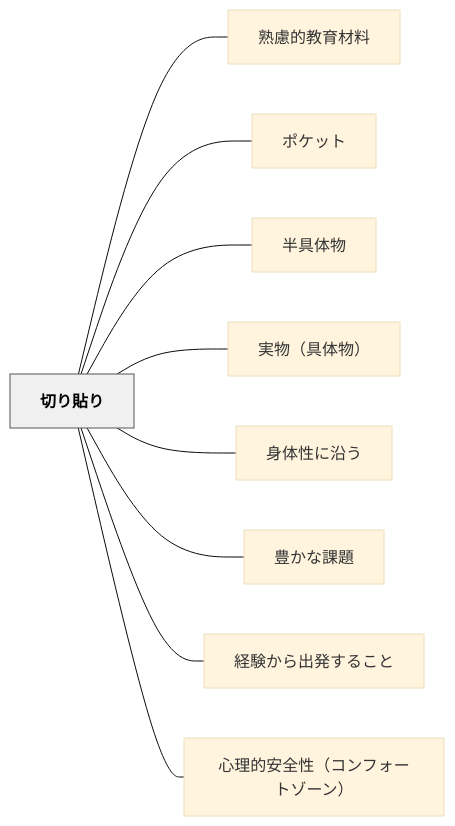
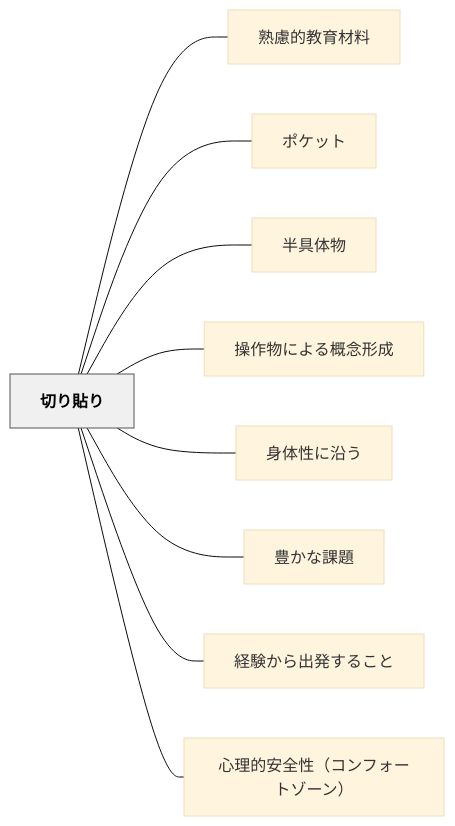
The diagram in content/パタン/切り貼り.md (unknownthings-ed-patterns/unknownthings-ed-patterns), drawn with Mermaid (base theme) before and after one commit. The commit also changed other lines of this file and 13 other files, not shown here.

````diff
--- a/content/パタン/切り貼り.md
+++ b/content/パタン/切り貼り.md
@@ -88,24 +88,24 @@
 ```mermaid
 flowchart LR
     ne58887e3828ae8b2bce3828a["切り貼り"]
     ne7869fe685aee79a84e69599e882b2e69d90e69699["熟慮的教育材料"]
     ne3839de382b1e38383e38388["ポケット"]
     ne58d8ae585b7e4bd93e789a9["半具体物"]
-    ne5ae9fe789a9efbc88e585b7e4bd93e789a9efbc89["実物（具体物）"]
+    ne6938de4bd9ce789a9e381abe38288e3828be6a682e5bfb5e5bda2e68890["操作物による概念形成"]
     ne8baabe4bd93e680a7e381abe6b2bfe38186["身体性に沿う"]
     ne8b18ae3818be381aae8aab2e9a18c["豊かな課題"]
     ne7b58ce9a893e3818be38289e587bae799bae38199e3828be38193e381a8["経験から出発すること"]
     ne5bf83e79086e79a84e5ae89e585a8e680a7efbc88e382b3e383b3e38395e382a9e383bce38388e382bee383bce383b3efbc89["心理的安全性（コンフォートゾーン）"]
 
     ne58887e3828ae8b2bce3828a --- ne7869fe685aee79a84e69599e882b2e69d90e69699
     ne58887e3828ae8b2bce3828a --- ne3839de382b1e38383e38388
     ne58887e3828ae8b2bce3828a --- ne58d8ae585b7e4bd93e789a9
-    ne58887e3828ae8b2bce3828a --- ne5ae9fe789a9efbc88e585b7e4bd93e789a9efbc89
+    ne58887e3828ae8b2bce3828a --- ne6938de4bd9ce789a9e381abe38288e3828be6a682e5bfb5e5bda2e68890
     ne58887e3828ae8b2bce3828a --- ne8baabe4bd93e680a7e381abe6b2bfe38186
     ne58887e3828ae8b2bce3828a --- ne8b18ae3818be381aae8aab2e9a18c
     ne58887e3828ae8b2bce3828a --- ne7b58ce9a893e3818be38289e587bae799bae38199e3828be38193e381a8
     ne58887e3828ae8b2bce3828a --- ne5bf83e79086e79a84e5ae89e585a8e680a7efbc88e382b3e383b3e38395e382a9e383bce38388e382bee383bce383b3efbc89
 
     classDef hub fill:#f0f0f0,stroke:#555,color:#000,font-weight:bold
     class ne58887e3828ae8b2bce3828a hub
 ```
````
